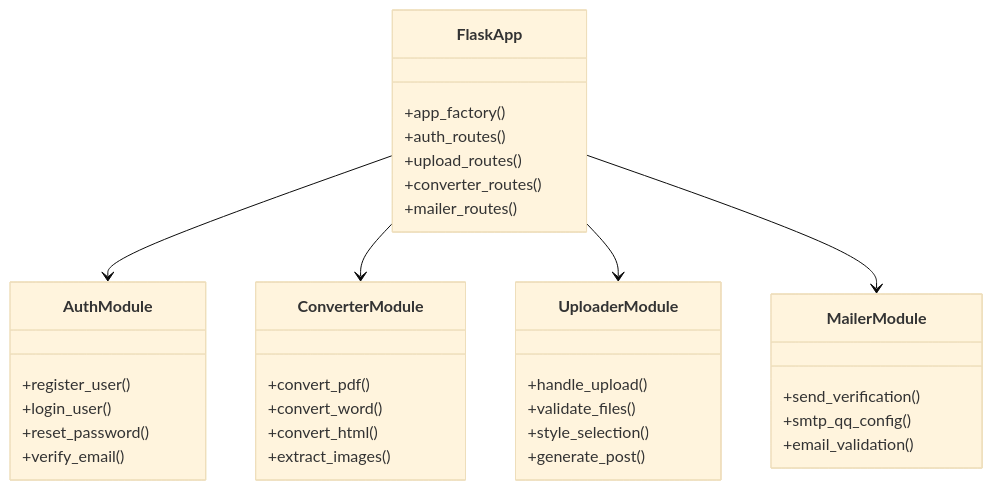
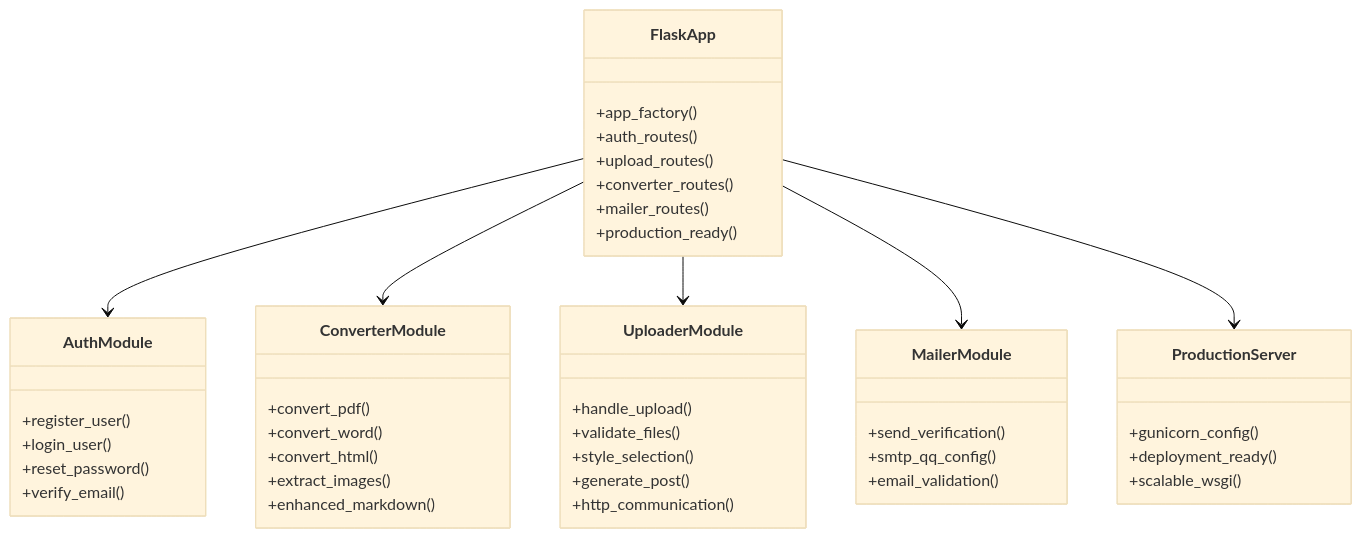
Before and after one commit to PolarisW007/PolaZhenJing: the third of 5 diagrams in .qoder/repowiki/en/content/Deployment and DevOps.md, drawn with Mermaid (base theme). The commit also changed other lines of this file and 4 other files, not shown here.

````diff
--- a/.qoder/repowiki/en/content/Deployment and DevOps.md
+++ b/.qoder/repowiki/en/content/Deployment and DevOps.md
@@ -173,37 +186,46 @@
 ```mermaid
 classDiagram
 class FlaskApp {
 +app_factory()
 +auth_routes()
 +upload_routes()
 +converter_routes()
 +mailer_routes()
++production_ready()
 }
 class AuthModule {
 +register_user()
 +login_user()
 +reset_password()
 +verify_email()
 }
 class ConverterModule {
 +convert_pdf()
 +convert_word()
 +convert_html()
 +extract_images()
++enhanced_markdown()
 }
 class UploaderModule {
 +handle_upload()
 +validate_files()
 +style_selection()
 +generate_post()
++http_communication()
 }
 class MailerModule {
 +send_verification()
 +smtp_qq_config()
 +email_validation()
 }
+class ProductionServer {
++gunicorn_config()
++deployment_ready()
++scalable_wsgi()
+}
 FlaskApp --> AuthModule
 FlaskApp --> ConverterModule
 FlaskApp --> UploaderModule
 FlaskApp --> MailerModule
+FlaskApp --> ProductionServer
 ```
````
